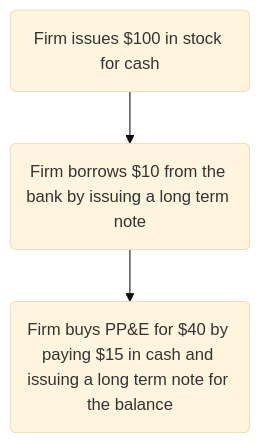
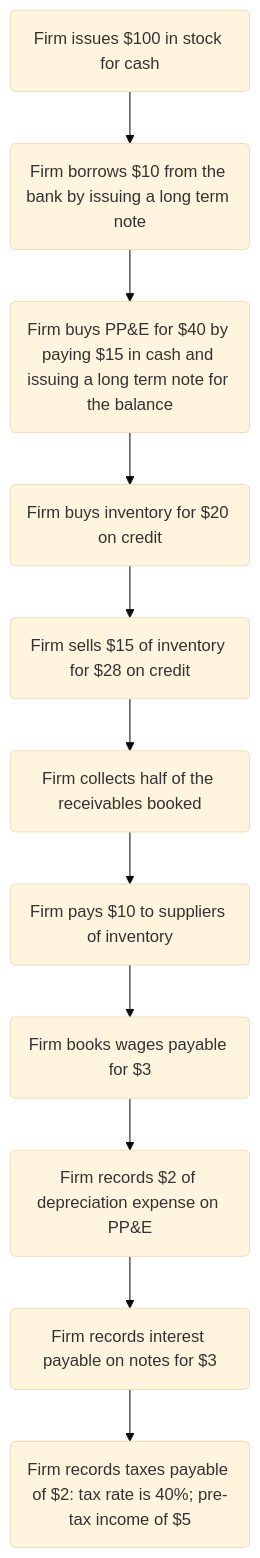
One commit to sheilsarda/Training_The_Street changed the diagram in Accounting_Notes.md. Above: the diagram before and after it, drawn with Mermaid (base theme).

````diff
--- a/Accounting_Notes.md
+++ b/Accounting_Notes.md
@@ -75,5 +75,13 @@
 ```mermaid
 flowchart TB
     A(Firm issues $100 in stock for cash) --> B(Firm borrows $10 from the bank by issuing a long term note)
     B --> C(Firm buys PP&E for $40 by paying $15 in cash and issuing a long term note for the balance)
+    C --> D(Firm buys inventory for $20 on credit)
+    D --> E(Firm sells $15 of inventory for $28 on credit)
+    E --> F(Firm collects half of the receivables booked)
+    F --> G(Firm pays $10 to suppliers of inventory)
+    G --> H(Firm books wages payable for $3)
+    H --> I(Firm records $2 of depreciation expense on PP&E)
+    I --> J(Firm records interest payable on notes for $3)
+    J --> K(Firm records taxes payable of $2: tax rate is 40%; pre-tax income of $5)
 ```
````
